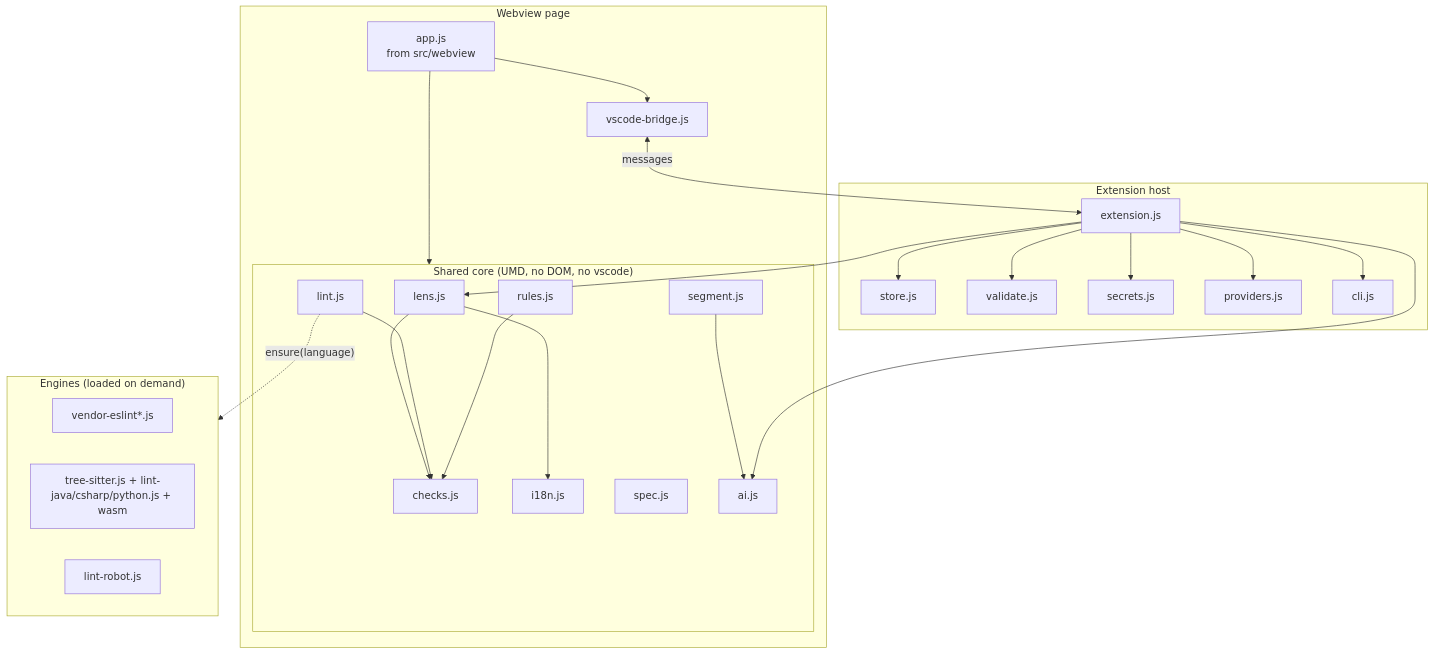
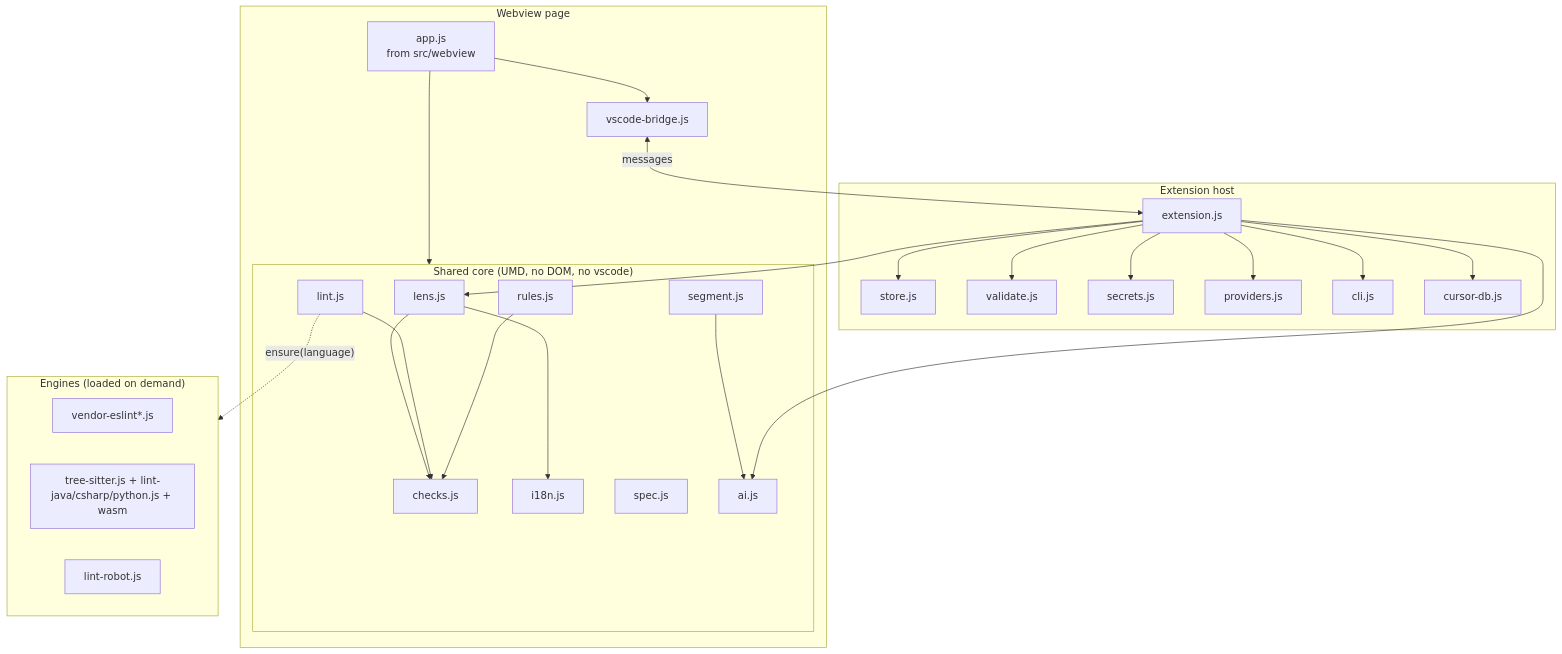
The third of 13 diagrams in docs/ARCHITECTURE.md (nikolaylosev/sessionlens-vscode), drawn with Mermaid before and after one commit. The commit also changed other lines of this file and 1 other file, not shown here.

First line of the commit message:
docs: record the 0.1.122 Cursor import in ARCHITECTURE

````diff
--- a/docs/ARCHITECTURE.md
+++ b/docs/ARCHITECTURE.md
@@ -161,29 +166,29 @@
 ```mermaid
 flowchart TB
   subgraph Page["Webview page"]
     APP[app.js<br/>from src/webview] --> CORE
     BRIDGE[vscode-bridge.js]
     APP --> BRIDGE
   end
   subgraph CORE["Shared core (UMD, no DOM, no vscode)"]
     LENS[lens.js] --> CHK[checks.js]
     LENS --> I18N[i18n.js]
     LINT[lint.js] --> CHK
     RULES[rules.js] --> CHK
     SPEC[spec.js]
     AI[ai.js]
     SEG[segment.js] --> AI
   end
   subgraph ENG["Engines (loaded on demand)"]
     ESL[vendor-eslint*.js]
     TS[tree-sitter.js + lint-java/csharp/python.js + wasm]
     ROBOT[lint-robot.js]
   end
   LINT -. ensure(language) .-> ENG
   subgraph HostSide["Extension host"]
     EXTJS[extension.js] --> LENS
     EXTJS --> AI
-    EXTJS --> STOREJS[store.js] & VALJS[validate.js] & SECJS[secrets.js] & PROVJS[providers.js] & CLIJS[cli.js]
+    EXTJS --> STOREJS[store.js] & VALJS[validate.js] & SECJS[secrets.js] & PROVJS[providers.js] & CLIJS[cli.js] & CDBJS[cursor-db.js]
   end
   BRIDGE <-->|messages| EXTJS
 ```
````
